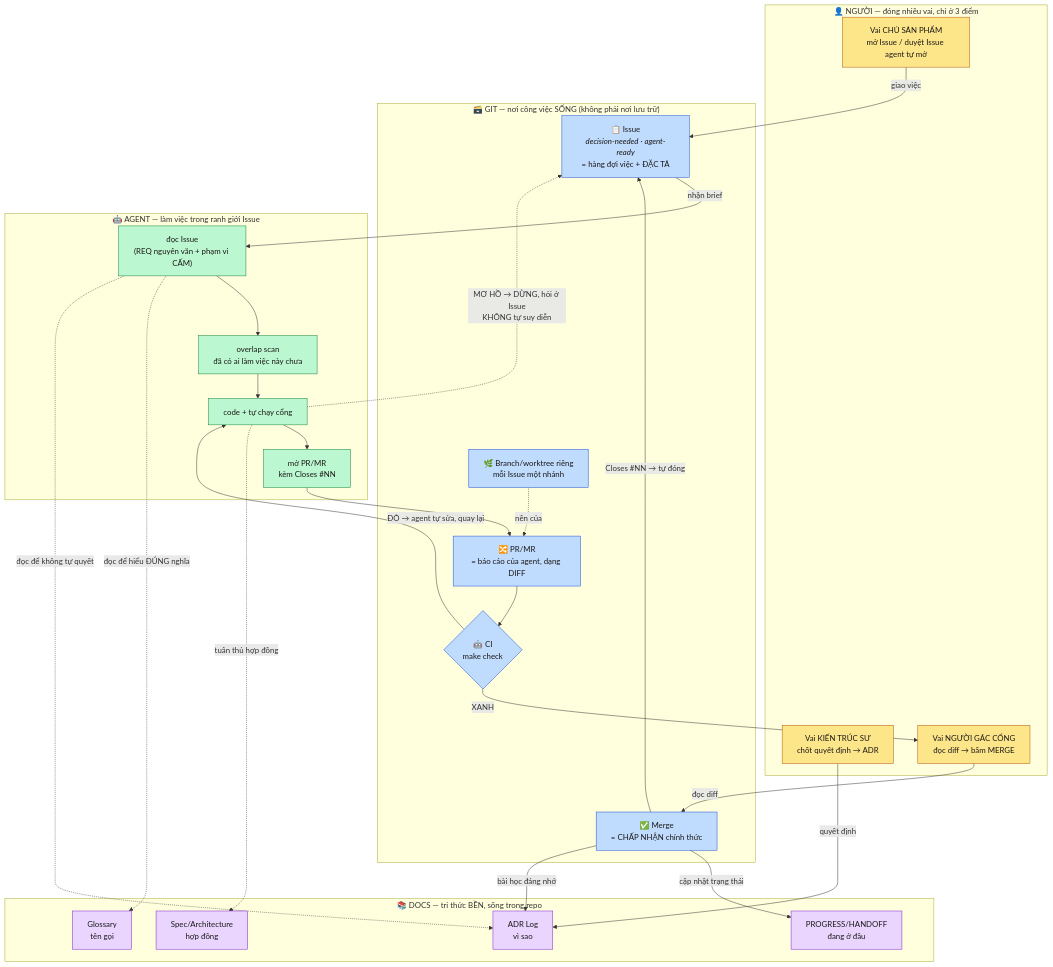
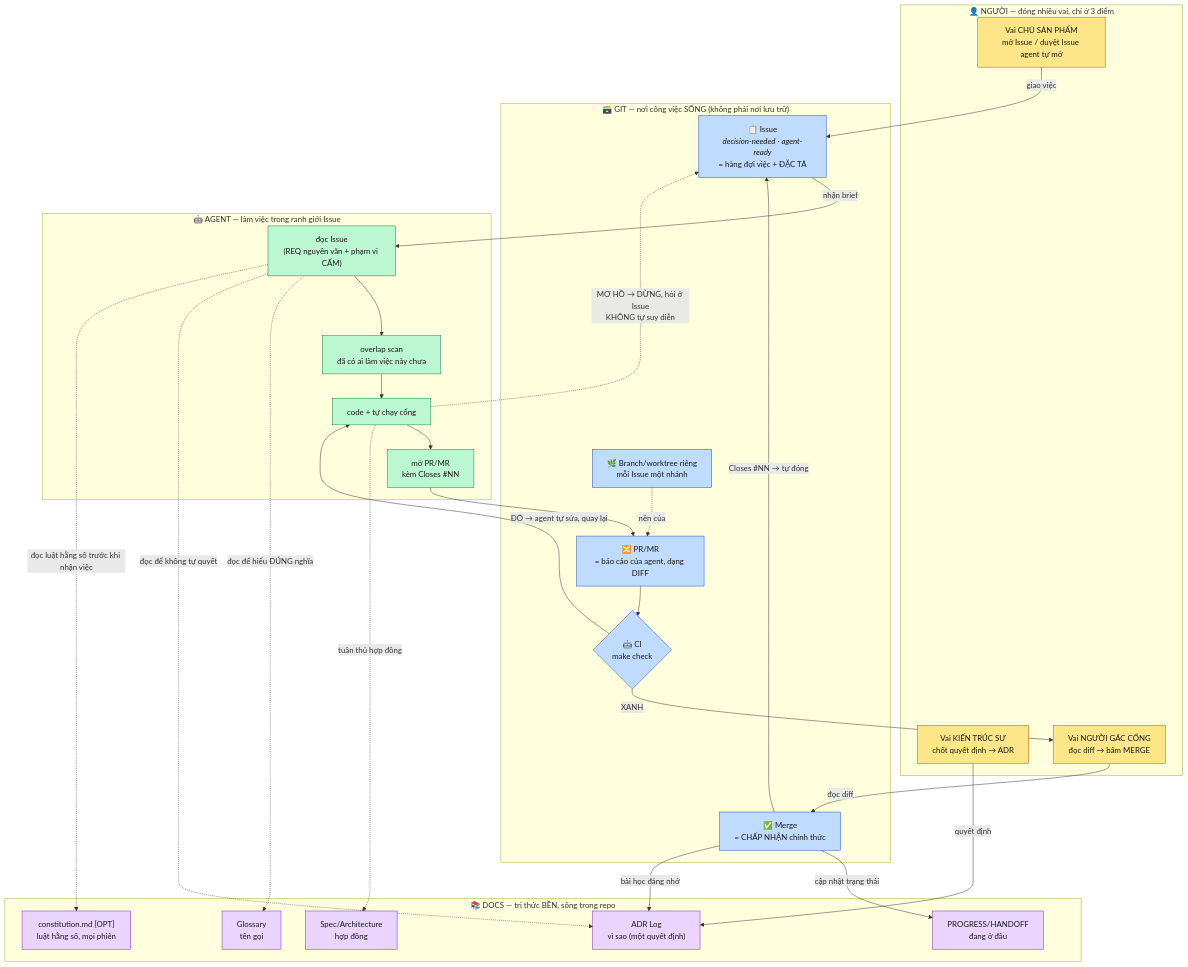
The first of 2 diagrams in CLAUDE.md (Jester6136/claude.general), drawn with Mermaid before and after one commit. The commit also changed other lines of this file, not shown here.

````diff
--- a/CLAUDE.md
+++ b/CLAUDE.md
@@ -417,57 +419,59 @@
 ```mermaid
 flowchart TB
     subgraph H["👤 NGƯỜI — đóng nhiều vai, chỉ ở 3 điểm"]
         H1["Vai CHỦ SẢN PHẨM<br/>mở Issue / duyệt Issue agent tự mở"]
         H2["Vai KIẾN TRÚC SƯ<br/>chốt quyết định → ADR"]
         H3["Vai NGƯỜI GÁC CỔNG<br/>đọc diff → bấm MERGE"]
     end
 
     subgraph G["🗃️ GIT — nơi công việc SỐNG (không phải nơi lưu trữ)"]
         I["📋 Issue<br/><i>decision-needed</i> · <i>agent-ready</i><br/>= hàng đợi việc + ĐẶC TẢ"]
         B["🌿 Branch/worktree riêng<br/>mỗi Issue một nhánh"]
         P["🔀 PR/MR<br/>= báo cáo của agent, dạng DIFF"]
         C{"🤖 CI<br/>make check"}
         M["✅ Merge<br/>= CHẤP NHẬN chính thức"]
     end
 
     subgraph A["🤖 AGENT — làm việc trong ranh giới Issue"]
         A1["đọc Issue<br/>(REQ nguyên văn + phạm vi CẤM)"]
         A2["overlap scan<br/>đã có ai làm việc này chưa"]
         A3["code + tự chạy cổng"]
         A4["mở PR/MR<br/>kèm Closes #NN"]
     end
 
     subgraph D["📚 DOCS — tri thức BỀN, sống trong repo"]
         D1["Glossary<br/>tên gọi"]
-        D2["ADR Log<br/>vì sao"]
+        D2["ADR Log<br/>vì sao (một quyết định)"]
         D3["Spec/Architecture<br/>hợp đồng"]
         D4["PROGRESS/HANDOFF<br/>đang ở đâu"]
+        D5["constitution.md [OPT]<br/>luật hằng số, mọi phiên"]
     end
 
     H1 -->|"giao việc"| I
     H2 -->|"quyết định"| D2
     I -->|"nhận brief"| A1 --> A2 --> A3 --> A4
     A4 --> P
     B -.->|"nền của"| P
     A1 -.->|"đọc để hiểu ĐÚNG nghĩa"| D1
     A1 -.->|"đọc để không tự quyết"| D2
     A3 -.->|"tuân thủ hợp đồng"| D3
+    A1 -.->|"đọc luật hằng số trước khi nhận việc"| D5
     P --> C
     C -->|"ĐỎ → agent tự sửa, quay lại"| A3
     C -->|"XANH"| H3
     H3 -->|"đọc diff"| M
     M -->|"Closes #NN → tự đóng"| I
     M -->|"cập nhật trạng thái"| D4
     M -->|"bài học đáng nhớ"| D2
 
     A3 -.->|"MƠ HỒ → DỪNG, hỏi ở Issue<br/>KHÔNG tự suy diễn"| I
 
     classDef human fill:#fde68a,stroke:#b45309,color:#1c1917
     classDef git fill:#bfdbfe,stroke:#1d4ed8,color:#1c1917
     classDef agent fill:#bbf7d0,stroke:#15803d,color:#1c1917
     classDef doc fill:#e9d5ff,stroke:#7e22ce,color:#1c1917
     class H1,H2,H3 human
     class I,B,P,C,M git
     class A1,A2,A3,A4 agent
-    class D1,D2,D3,D4 doc
+    class D1,D2,D3,D4,D5 doc
 ```
````
